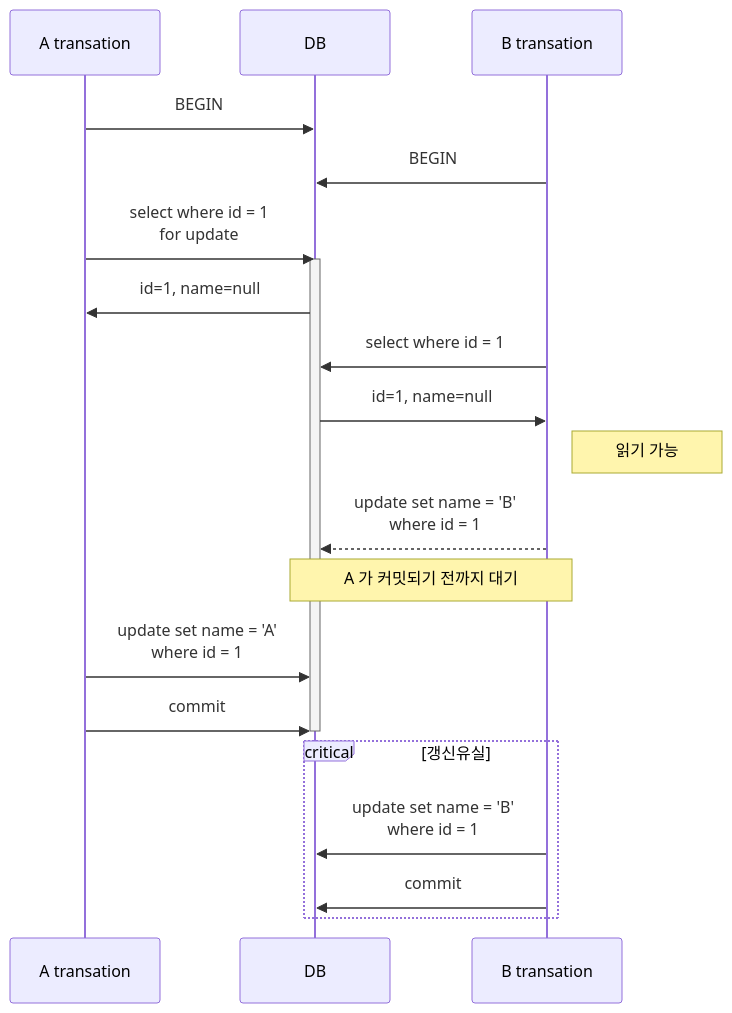
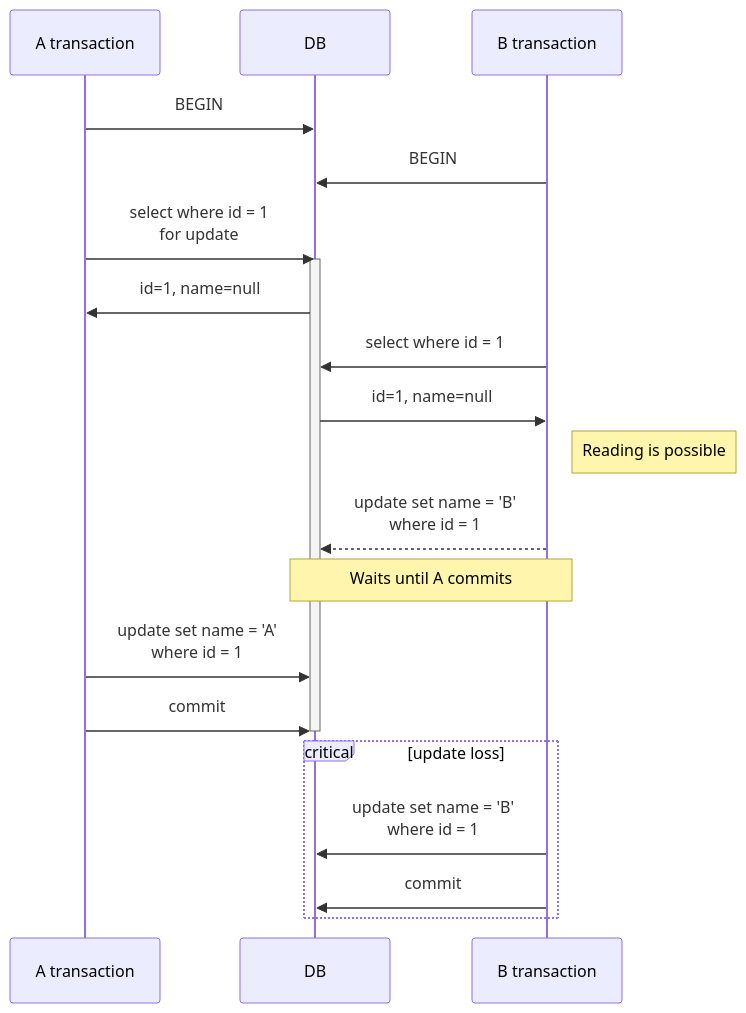
The first of 4 diagrams in i18n/en/docusaurus-plugin-content-blog/2024-04-20/select-for-update-in-PostgreSQL.md (songkg7/songkg7.github.io), drawn with Mermaid before and after one commit. The commit also changed other lines of this file, not shown here.

````diff
--- a/i18n/en/docusaurus-plugin-content-blog/2024-04-20/select-for-update-in-PostgreSQL.md
+++ b/i18n/en/docusaurus-plugin-content-blog/2024-04-20/select-for-update-in-PostgreSQL.md
@@ -51,23 +53,23 @@
 ```mermaid
 sequenceDiagram
-    participant A as A transation
+    participant A as A transaction
     participant DB
-    participant B as B transation
+    participant B as B transaction
     A->>DB: BEGIN
     B->>DB: BEGIN
     A->>DB: select where id = 1 <br/>for update
     activate DB
     DB->>A: id=1, name=null
     B->>DB: select where id = 1
     DB->>B: id=1, name=null
-    Note right of B: 읽기 가능
+    Note right of B: Reading is possible
     B-->>DB: update set name = 'B'<br/>where id = 1
-    Note over B,DB: A 가 커밋되기 전까지 대기
+    Note over B,DB: Waits until A commits
     A->>DB: update set name = 'A'<br/>where id = 1
     A->>DB: commit
     deactivate DB
-    critical 갱신유실
+    critical update loss
         B->>DB: update set name = 'B'<br/>where id = 1
         B->>DB: commit
     end
 ```
````
